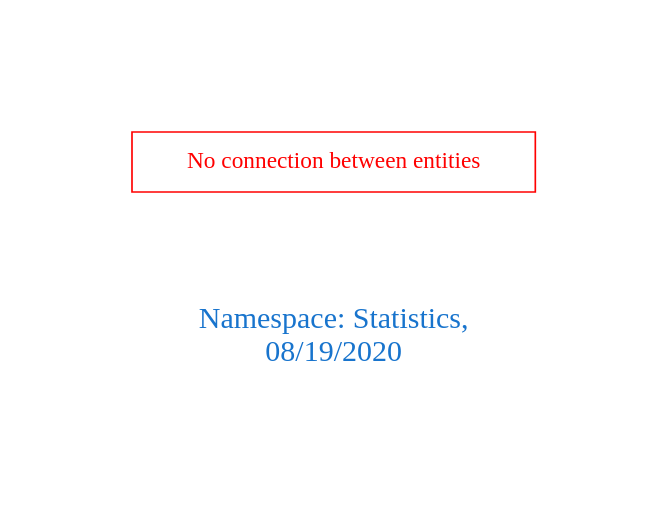
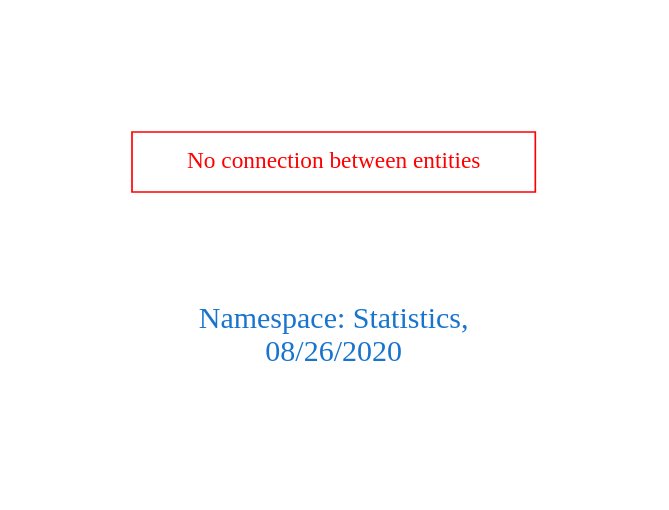
One commit to arago/OGIT changed the diagram in downloads/Statistics.dot. Above: the diagram before and after it, drawn with Graphviz. The commit also changed 1814 other files, not shown here.

```diff
--- a/downloads/Statistics.dot
+++ b/downloads/Statistics.dot
@@ -1,9 +1,9 @@
 digraph OGIT_ontology {
  graph [ rankdir= LR,pad=1 
 fontsize = 18,
-fontcolor= dodgerblue3,label = "\n\n\nNamespace: Statistics, \n 08/19/2020"];
+fontcolor= dodgerblue3,label = "\n\n\nNamespace: Statistics, \n 08/26/2020"];
 node[shape=polygon];
 edge [  color="gray81"];
 
 "No connection between entities" [fontcolor = "red",color="red", shape="polygon"]
 }
```
